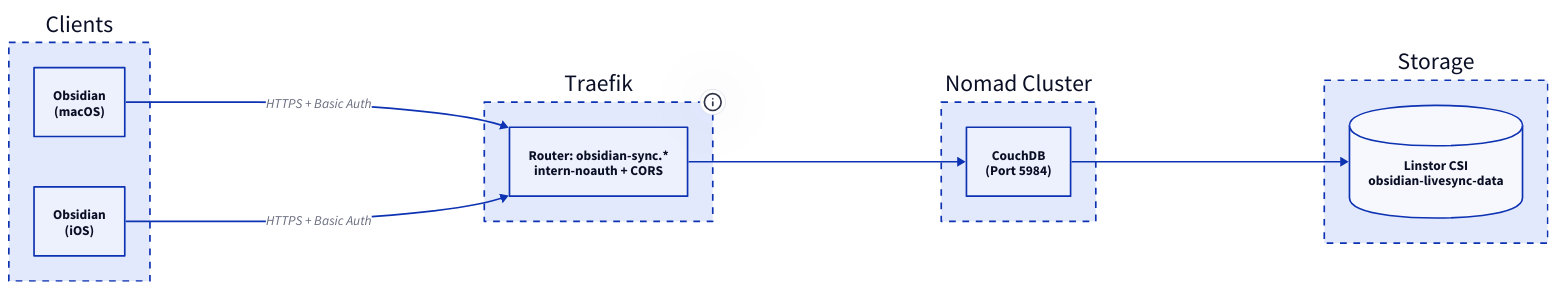
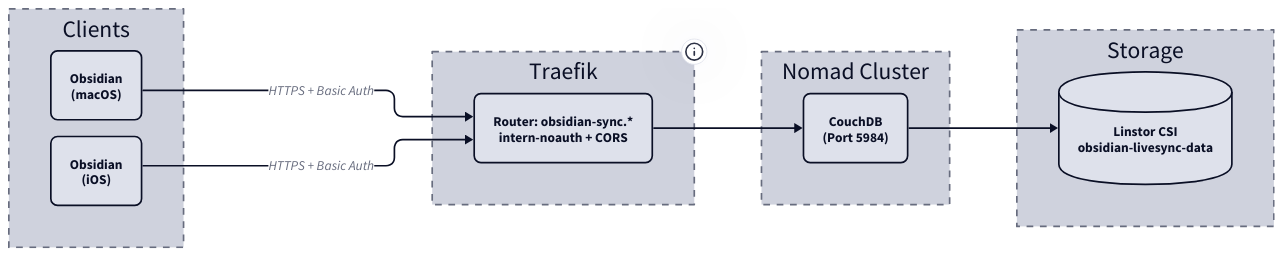
One commit to derever-labs/homelab-wiki changed the diagram in docs/obsidian-livesync/index.md. Above: the diagram before and after it, drawn with D2. The commit also changed other lines of this file and 109 other files, not shown here.

````diff
--- a/docs/obsidian-livesync/index.md
+++ b/docs/obsidian-livesync/index.md
@@ -30,30 +30,41 @@
 ```d2
+vars: {
+  d2-config: {
+    theme-id: 1
+    layout-engine: elk
+  }
+}
+
+classes: {
+  node: { style: { border-radius: 8 } }
+}
+
 direction: right
 
 Clients: {
   style.stroke-dash: 4
-  MAC: "Obsidian\n(macOS)"
-  IOS: "Obsidian\n(iOS)"
+  MAC: "Obsidian\n(macOS)" { class: node }
+  IOS: "Obsidian\n(iOS)" { class: node }
 }
 
 Traefik: Traefik {
   style.stroke-dash: 4
   tooltip: 10.0.2.20
-  R1: "Router: obsidian-sync.*\nintern-noauth + CORS"
+  R1: "Router: obsidian-sync.*\nintern-noauth + CORS" { class: node }
 }
 
 Nomad: Nomad Cluster {
   style.stroke-dash: 4
-  CDB: "CouchDB\n(Port 5984)"
+  CDB: "CouchDB\n(Port 5984)" { class: node }
 }
 
 Storage: {
   style.stroke-dash: 4
-  LINSTOR: "Linstor CSI\nobsidian-livesync-data" { shape: cylinder }
+  LINSTOR: "Linstor CSI\nobsidian-livesync-data" { shape: cylinder; class: node }
 }
 
 Clients.MAC -> Traefik.R1: HTTPS + Basic Auth
 Clients.IOS -> Traefik.R1: HTTPS + Basic Auth
 Traefik.R1 -> Nomad.CDB
 Nomad.CDB -> Storage.LINSTOR
 ```
````
